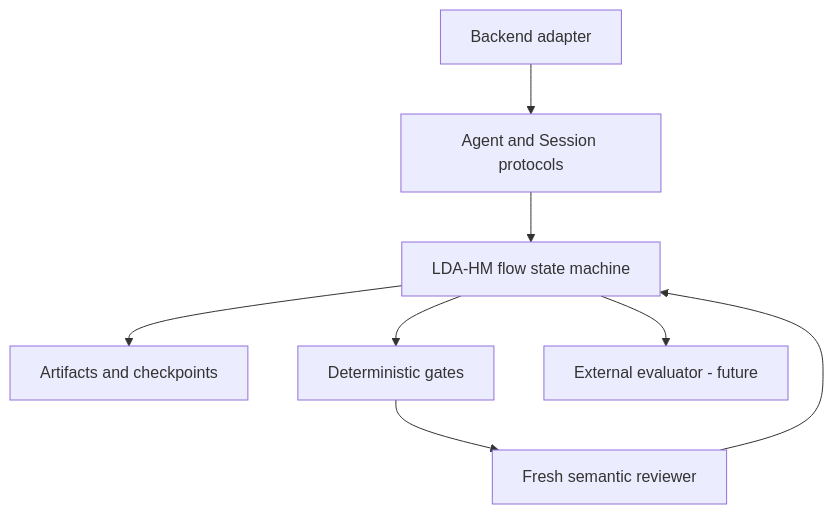
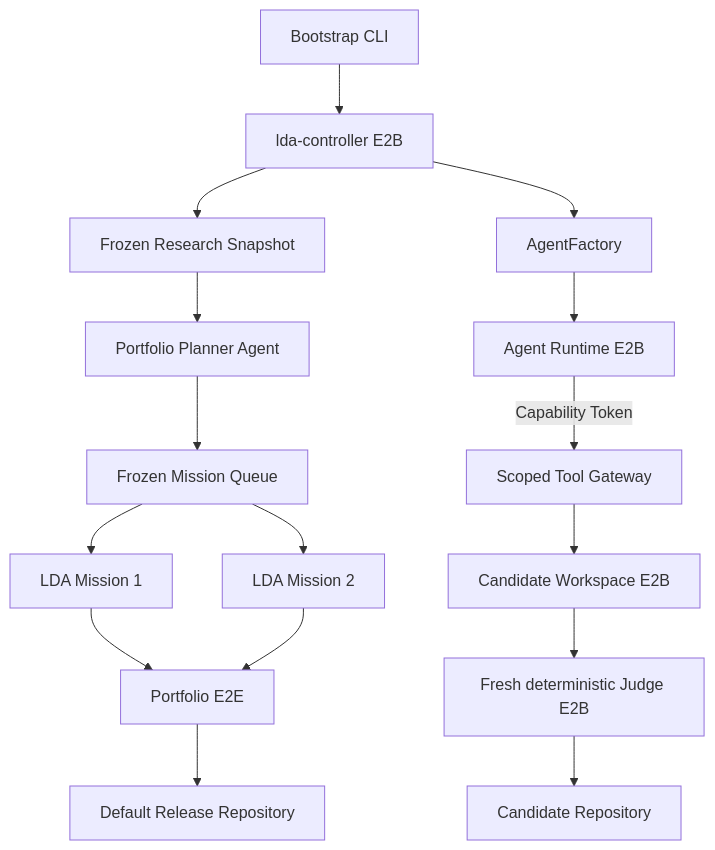
One commit to yisun219/LDA-HM-AS changed the first of 2 diagrams in docs/FLOW.md. Above: the diagram before and after it, drawn with Mermaid. The commit also changed other lines of this file and 119 other files, not shown here.

Commit message:
implement pure humanize LDA E2B flow

````diff
--- a/docs/FLOW.md
+++ b/docs/FLOW.md
@@ -17,10 +3,18 @@
 ```mermaid
 flowchart TD
-  B[Backend adapter] --> R[Agent and Session protocols]
-  R --> F[LDA-HM flow state machine]
-  F --> A[Artifacts and checkpoints]
-  F --> G[Deterministic gates]
-  G --> V[Fresh semantic reviewer]
-  V --> F
-  F --> E[External evaluator - future]
+  CLI[Bootstrap CLI] --> C[lda-controller E2B]
+  C --> RS[Frozen Research Snapshot]
+  RS --> PP[Portfolio Planner Agent]
+  PP --> MQ[Frozen Mission Queue]
+  MQ --> M1[LDA Mission 1]
+  MQ --> M2[LDA Mission 2]
+  M1 --> PE[Portfolio E2E]
+  M2 --> PE
+  C --> AF[AgentFactory]
+  AF --> A[Agent Runtime E2B]
+  A -->|Capability Token| TG[Scoped Tool Gateway]
+  TG --> W[Candidate Workspace E2B]
+  W --> J[Fresh deterministic Judge E2B]
+  J --> CR[Candidate Repository]
+  PE --> RR[Default Release Repository]
 ```
````
